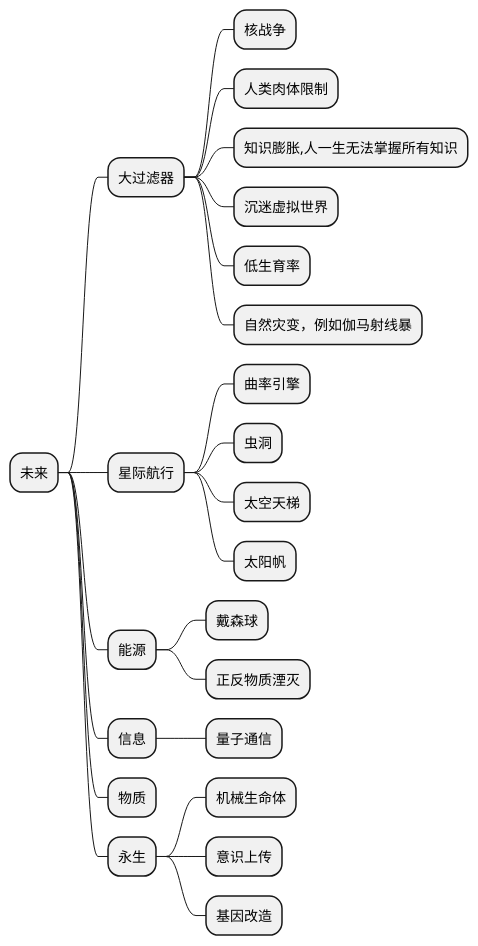
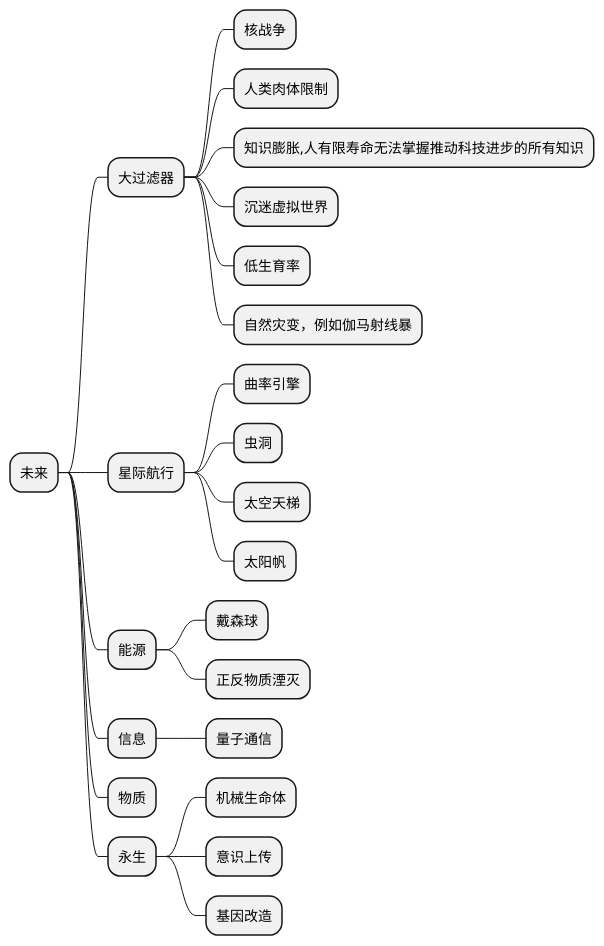
The diagram in E·思考/未来.plantuml (Huang2070/alpha-centauri-c), drawn with PlantUML before and after one commit. The commit also changed 8 other files, not shown here.

```diff
--- a/E·思考/未来.plantuml
+++ b/E·思考/未来.plantuml
@@ -1,33 +1,33 @@
 @startmindmap 未来
 
 * 未来
 ** 大过滤器
 *** 核战争
 *** 人类肉体限制
-*** 知识膨胀,人一生无法掌握所有知识
+*** 知识膨胀,人有限寿命无法掌握推动科技进步的所有知识
 *** 沉迷虚拟世界
 *** 低生育率
 *** 自然灾变，例如伽马射线暴
 
 ** 星际航行
 *** 曲率引擎
 *** 虫洞
 *** 太空天梯
 *** 太阳帆
 
 ** 能源
 *** 戴森球
 *** 正反物质湮灭
 
 
 ** 信息
 *** 量子通信
 
 ** 物质
 
 ** 永生
 *** 机械生命体
 *** 意识上传
 *** 基因改造
 
 @endmindmap
```
